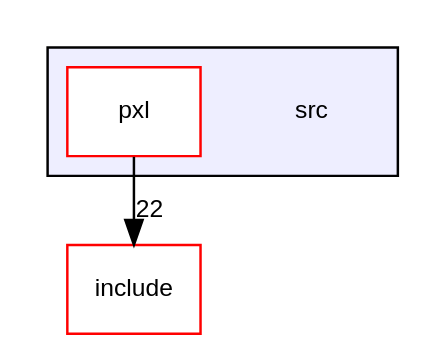
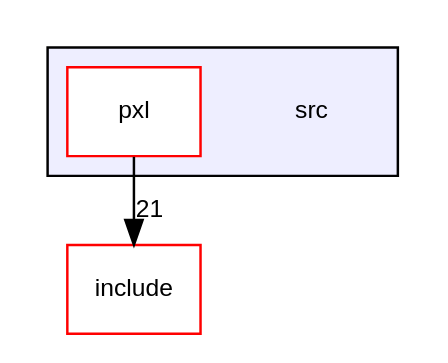
The diagram in dir_68267d1309a1af8e8297ef4c3efbcdba_dep.dot (Pixel-Lib/Pixel), drawn with Graphviz before and after one commit. The commit also changed 176 other files, not shown here.

```diff
--- a/dir_68267d1309a1af8e8297ef4c3efbcdba_dep.dot
+++ b/dir_68267d1309a1af8e8297ef4c3efbcdba_dep.dot
@@ -1,12 +1,12 @@
 digraph "src" {
   compound=true
   node [ fontsize="10", fontname="Helvetica"];
   edge [ labelfontsize="10", labelfontname="Helvetica"];
   subgraph clusterdir_68267d1309a1af8e8297ef4c3efbcdba {
     graph [ bgcolor="#eeeeff", pencolor="black", label="" URL="dir_68267d1309a1af8e8297ef4c3efbcdba.html"];
     dir_68267d1309a1af8e8297ef4c3efbcdba [shape=plaintext label="src"];
   dir_87a857eff530ad659c1a04633acb58d5 [shape=box label="pxl" fillcolor="white" style="filled" color="red" URL="dir_87a857eff530ad659c1a04633acb58d5.html"];
   }
   dir_d44c64559bbebec7f509842c48db8b23 [shape=box label="include" fillcolor="white" style="filled" color="red" URL="dir_d44c64559bbebec7f509842c48db8b23.html"];
-  dir_87a857eff530ad659c1a04633acb58d5->dir_d44c64559bbebec7f509842c48db8b23 [headlabel="22", labeldistance=1.5 headhref="dir_000006_000000.html"];
+  dir_87a857eff530ad659c1a04633acb58d5->dir_d44c64559bbebec7f509842c48db8b23 [headlabel="21", labeldistance=1.5 headhref="dir_000006_000000.html"];
 }
```
